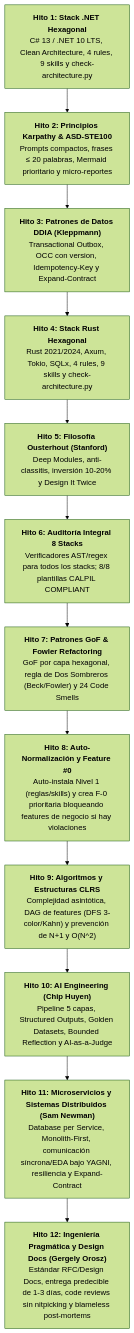
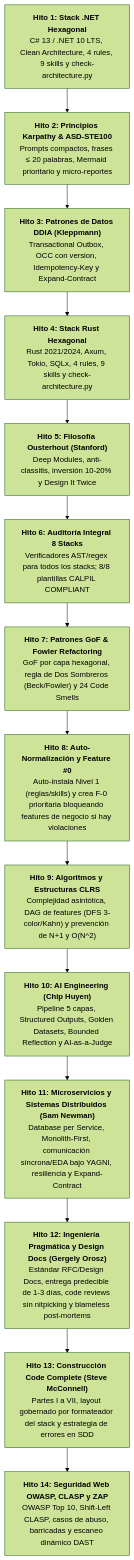
The diagram in docs/README.md (calpil/harness-flow), drawn with Mermaid (forest theme) before and after one commit. The commit also changed other lines of this file and 1 other file, not shown here.

Commit message:
docs: agregar guia sobre patrones de diseno y raiz de composicion en arquitectura hexagonal

````diff
--- a/docs/README.md
+++ b/docs/README.md
@@ -21,17 +22,19 @@
 ```mermaid
 flowchart TD
     H1["<b>Hito 1: Stack .NET Hexagonal</b><br/>C# 13 / .NET 10 LTS, Clean Architecture, 4 rules, 9 skills y check-architecture.py"]
     H2["<b>Hito 2: Principios Karpathy & ASD-STE100</b><br/>Prompts compactos, frases &le; 20 palabras, Mermaid prioritario y micro-reportes"]
     H3["<b>Hito 3: Patrones de Datos DDIA (Kleppmann)</b><br/>Transactional Outbox, OCC con version, Idempotency-Key y Expand-Contract"]
     H4["<b>Hito 4: Stack Rust Hexagonal</b><br/>Rust 2021/2024, Axum, Tokio, SQLx, 4 rules, 9 skills y check-architecture.py"]
     H5["<b>Hito 5: Filosofía Ousterhout (Stanford)</b><br/>Deep Modules, anti-classitis, inversión 10-20% y Design It Twice"]
     H6["<b>Hito 6: Auditoría Integral 8 Stacks</b><br/>Verificadores AST/regex para todos los stacks; 8/8 plantillas CALPIL COMPLIANT"]
     H7["<b>Hito 7: Patrones GoF & Fowler Refactoring</b><br/>GoF por capa hexagonal, regla de Dos Sombreros (Beck/Fowler) y 24 Code Smells"]
     H8["<b>Hito 8: Auto-Normalización y Feature #0</b><br/>Auto-instala Nivel 1 (reglas/skills) y crea F-0 prioritaria bloqueando features de negocio si hay violaciones"]
     H9["<b>Hito 9: Algoritmos y Estructuras CLRS</b><br/>Complejidad asintótica, DAG de features (DFS 3-color/Kahn) y prevención de N+1 y O(N^2)"]
     H10["<b>Hito 10: AI Engineering (Chip Huyen)</b><br/>Pipeline 5 capas, Structured Outputs, Golden Datasets, Bounded Reflection y AI-as-a-Judge"]
     H11["<b>Hito 11: Microservicios y Sistemas Distribuidos (Sam Newman)</b><br/>Database per Service, Monolith-First, comunicación síncrona/EDA bajo YAGNI, resiliencia y Expand-Contract"]
     H12["<b>Hito 12: Ingeniería Pragmática y Design Docs (Gergely Orosz)</b><br/>Estándar RFC/Design Docs, entrega predecible de 1-3 días, code reviews sin nitpicking y blameless post-mortems"]
+    H13["<b>Hito 13: Construcción Code Complete (Steve McConnell)</b><br/>Partes I a VII, layout gobernado por formateador del stack y estrategia de errores en SDD"]
+    H14["<b>Hito 14: Seguridad Web OWASP, CLASP y ZAP</b><br/>OWASP Top 10, Shift-Left CLASP, casos de abuso, barricadas y escaneo dinámico DAST"]
 
-    H1 --> H2 --> H3 --> H4 --> H5 --> H6 --> H7 --> H8 --> H9 --> H10 --> H11 --> H12
+    H1 --> H2 --> H3 --> H4 --> H5 --> H6 --> H7 --> H8 --> H9 --> H10 --> H11 --> H12 --> H13 --> H14
 ```
````
